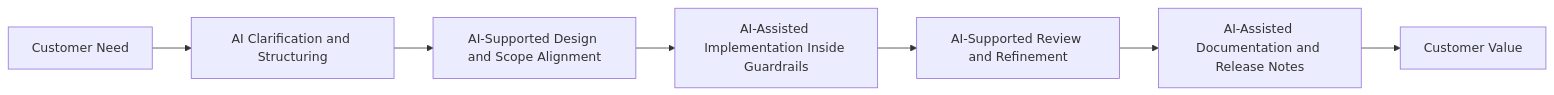
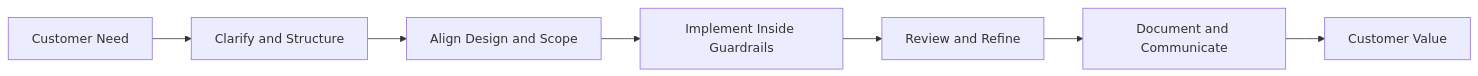
The fifth of 15 diagrams in creolytix-ai-delivery-model-github-safe.md (refat-asadullah-creolytix-dev/refat-asadullah-creolytix-dev), drawn with Mermaid before and after one commit. The commit also changed other lines of this file, not shown here.

````diff
--- a/creolytix-ai-delivery-model-github-safe.md
+++ b/creolytix-ai-delivery-model-github-safe.md
@@ -144,12 +155,12 @@
 ```mermaid
 flowchart LR
     A[Customer Need]
-    B[AI Clarification and Structuring]
-    C[AI-Supported Design and Scope Alignment]
-    D[AI-Assisted Implementation Inside Guardrails]
-    E[AI-Supported Review and Refinement]
-    F[AI-Assisted Documentation and Release Notes]
+    B[Clarify and Structure]
+    C[Align Design and Scope]
+    D[Implement Inside Guardrails]
+    E[Review and Refine]
+    F[Document and Communicate]
     G[Customer Value]
 
     A --> B --> C --> D --> E --> F --> G
 ```
````
